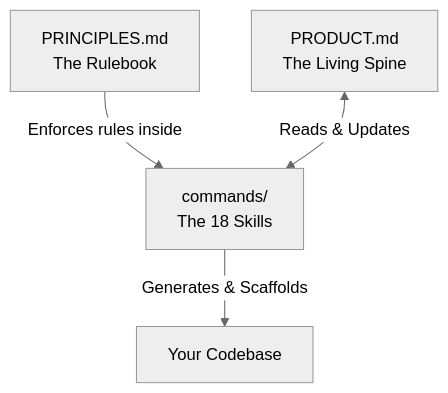
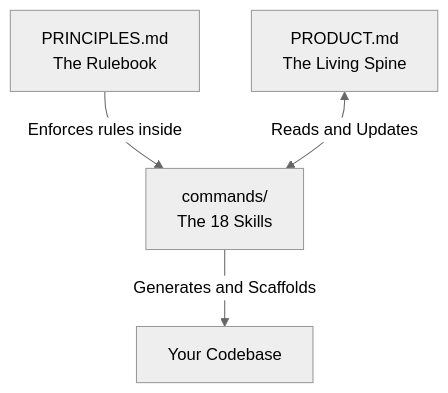
Before and after one commit to kish21/product-playbook: the first of 2 diagrams in README.md, drawn with Mermaid (neutral theme). The commit also changed other lines of this file, not shown here.

First line of the commit message:
fix(readme): sanitize second mermaid diagram syntax and links (#53)

````diff
--- a/README.md
+++ b/README.md
@@ -40,6 +40,6 @@
 ```mermaid
 flowchart TD
     A["PRINCIPLES.md<br/>The Rulebook"] -->|Enforces rules inside| C["commands/<br/>The 18 Skills"]
-    B["PRODUCT.md<br/>The Living Spine"] <-->|Reads & Updates| C
-    C -->|Generates & Scaffolds| D["Your Codebase"]
+    B["PRODUCT.md<br/>The Living Spine"] <-->|Reads and Updates| C
+    C -->|Generates and Scaffolds| D["Your Codebase"]
 ```
````
